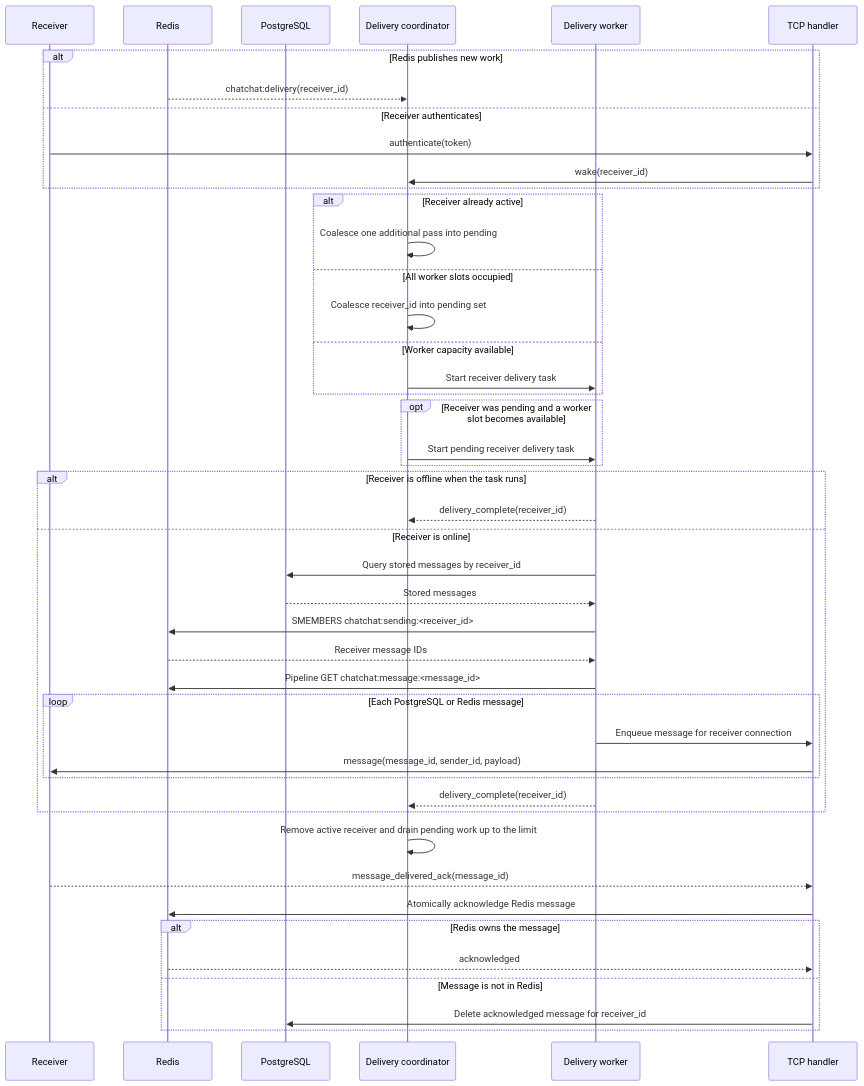
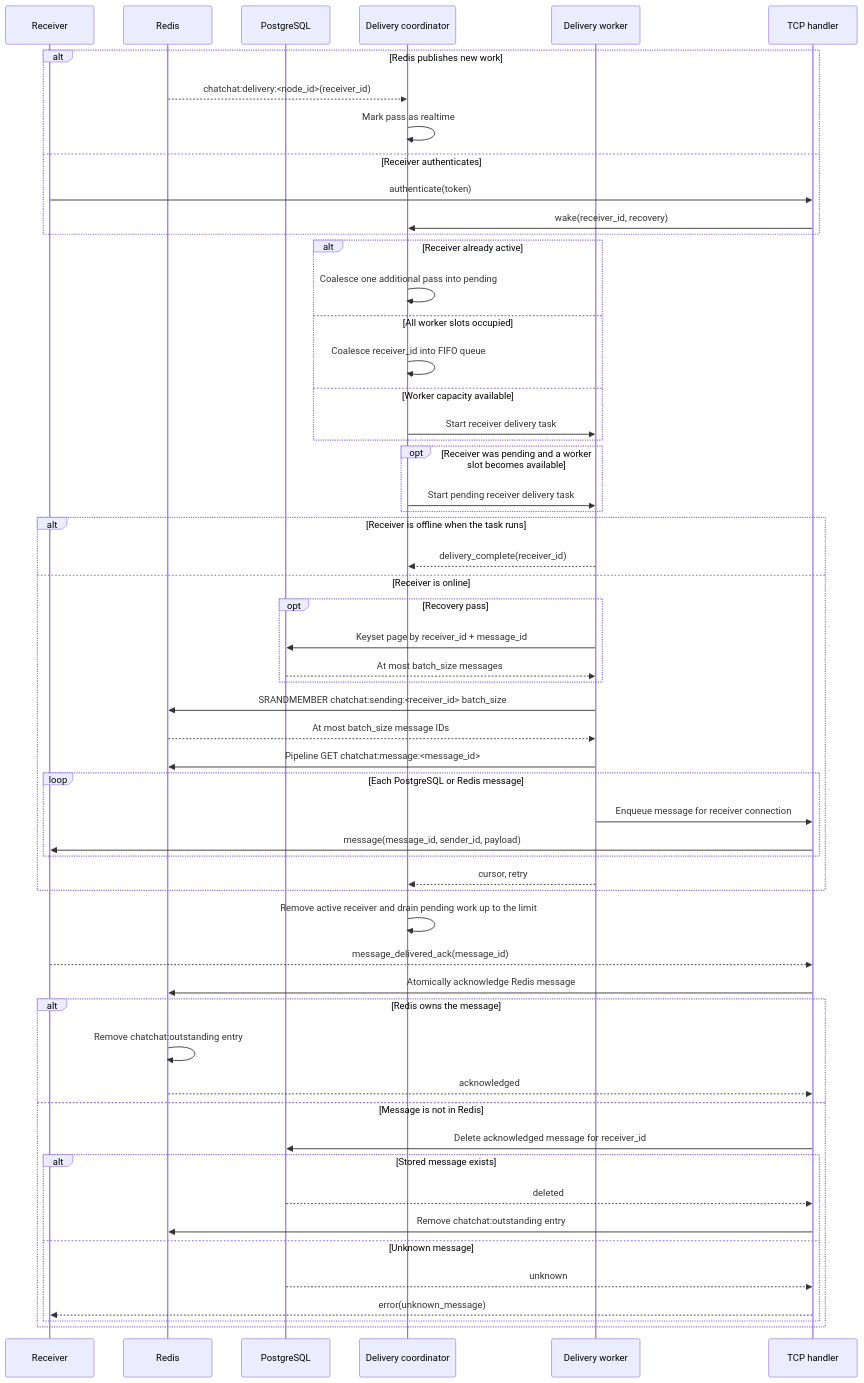
The second of 3 diagrams in MESSAGE_DELIVERY.md (cmunaro/ChatChat), drawn with Mermaid before and after one commit. The commit also changed other lines of this file and 2 other files, not shown here.

````diff
--- a/MESSAGE_DELIVERY.md
+++ b/MESSAGE_DELIVERY.md
@@ -50,53 +64,64 @@
 ```mermaid
 sequenceDiagram
     participant C2 as Receiver
     participant Redis
     participant DB as PostgreSQL
     participant DC as Delivery coordinator
     participant DW as Delivery worker
     participant H as TCP handler
 
     alt Redis publishes new work
-        Redis-->>DC: chatchat:delivery(receiver_id)
+        Redis-->>DC: chatchat:delivery:<node_id>(receiver_id)
+        DC->>DC: Mark pass as realtime
     else Receiver authenticates
         C2->>H: authenticate(token)
-        H->>DC: wake(receiver_id)
+        H->>DC: wake(receiver_id, recovery)
     end
 
     alt Receiver already active
         DC->>DC: Coalesce one additional pass into pending
     else All worker slots occupied
-        DC->>DC: Coalesce receiver_id into pending set
+        DC->>DC: Coalesce receiver_id into FIFO queue
     else Worker capacity available
         DC->>DW: Start receiver delivery task
     end
 
     opt Receiver was pending and a worker slot becomes available
         DC->>DW: Start pending receiver delivery task
     end
 
     alt Receiver is offline when the task runs
         DW-->>DC: delivery_complete(receiver_id)
     else Receiver is online
-        DW->>DB: Query stored messages by receiver_id
-        DB-->>DW: Stored messages
-        DW->>Redis: SMEMBERS chatchat:sending:<receiver_id>
-        Redis-->>DW: Receiver message IDs
+        opt Recovery pass
+            DW->>DB: Keyset page by receiver_id + message_id
+            DB-->>DW: At most batch_size messages
+        end
+        DW->>Redis: SRANDMEMBER chatchat:sending:<receiver_id> batch_size
+        Redis-->>DW: At most batch_size message IDs
         DW->>Redis: Pipeline GET chatchat:message:<message_id>
         loop Each PostgreSQL or Redis message
             DW->>H: Enqueue message for receiver connection
             H->>C2: message(message_id, sender_id, payload)
         end
-        DW-->>DC: delivery_complete(receiver_id)
+        DW-->>DC: cursor, retry
     end
 
     DC->>DC: Remove active receiver and drain pending work up to the limit
 
     C2-->>H: message_delivered_ack(message_id)
     H->>Redis: Atomically acknowledge Redis message
     alt Redis owns the message
+        Redis->>Redis: Remove chatchat:outstanding entry
         Redis-->>H: acknowledged
     else Message is not in Redis
         H->>DB: Delete acknowledged message for receiver_id
+        alt Stored message exists
+            DB-->>H: deleted
+            H->>Redis: Remove chatchat:outstanding entry
+        else Unknown message
+            DB-->>H: unknown
+            H-->>C2: error(unknown_message)
+        end
     end
 ```
````
